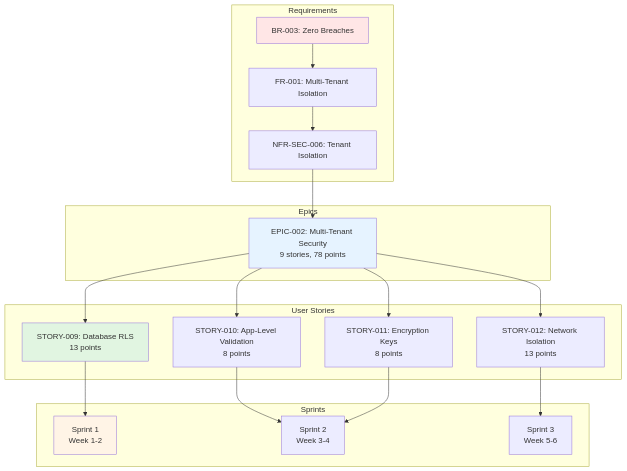
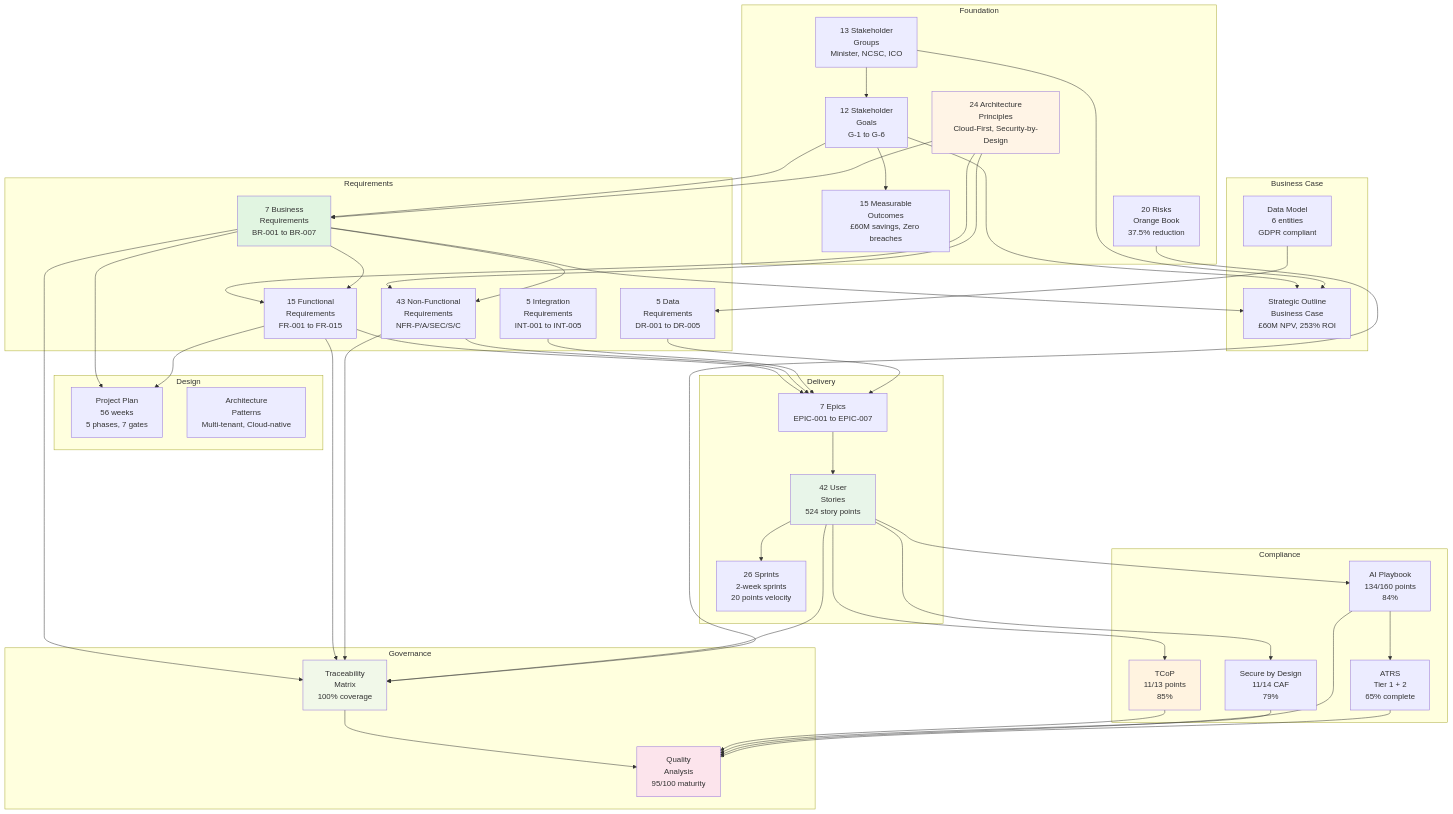
Before and after one commit to tractorjuice/arckit-test-project-v8-cabinet-office-genai: the eighth of 10 diagrams in projects/001-cabinet-office-genai/PROJECT-STORY.md, drawn with Mermaid. The commit also changed other lines of this file, not shown here.

First line of the commit message:
feat: PROJECT-STORY.md v4.0 - comprehensive project narrative with timeline analysis

````diff
--- a/projects/001-cabinet-office-genai/PROJECT-STORY.md
+++ b/projects/001-cabinet-office-genai/PROJECT-STORY.md
@@ -455,44 +956,96 @@
 ```mermaid
-graph TD
-    subgraph Requirements
-        BR3[BR-003: Zero Breaches]
-        FR1[FR-001: Multi-Tenant Isolation]
-        NFR_SEC6[NFR-SEC-006: Tenant Isolation]
+flowchart TD
+    subgraph Foundation
+        Principles[24 Architecture<br/>Principles<br/>Cloud-First, Security-by-Design]
+        Stakeholders[13 Stakeholder<br/>Groups<br/>Minister, NCSC, ICO]
+        Goals[12 Stakeholder<br/>Goals<br/>G-1 to G-6]
+        Outcomes[15 Measurable<br/>Outcomes<br/>£60M savings, Zero breaches]
+        Risk[20 Risks<br/>Orange Book<br/>37.5% reduction]
     end
 
-    subgraph Epics
-        EPIC2[EPIC-002: Multi-Tenant Security<br/>9 stories, 78 points]
+    subgraph Business Case
+        SOBC[Strategic Outline<br/>Business Case<br/>£60M NPV, 253% ROI]
+        DataModel[Data Model<br/>6 entities<br/>GDPR compliant]
     end
 
-    subgraph User Stories
-        S9[STORY-009: Database RLS<br/>13 points]
-        S10[STORY-010: App-Level Validation<br/>8 points]
-        S11[STORY-011: Encryption Keys<br/>8 points]
-        S12[STORY-012: Network Isolation<br/>13 points]
+    subgraph Requirements
+        BR[7 Business<br/>Requirements<br/>BR-001 to BR-007]
+        FR[15 Functional<br/>Requirements<br/>FR-001 to FR-015]
+        NFR[43 Non-Functional<br/>Requirements<br/>NFR-P/A/SEC/S/C]
+        INT[5 Integration<br/>Requirements<br/>INT-001 to INT-005]
+        DR[5 Data<br/>Requirements<br/>DR-001 to DR-005]
     end
 
-    subgraph Sprints
-        Sprint1[Sprint 1<br/>Week 1-2]
-        Sprint2[Sprint 2<br/>Week 3-4]
-        Sprint3[Sprint 3<br/>Week 5-6]
+    subgraph Design
+        Plan[Project Plan<br/>56 weeks<br/>5 phases, 7 gates]
+        Principles2[Architecture<br/>Patterns<br/>Multi-tenant, Cloud-native]
     end
 
-    BR3 --> FR1
-    FR1 --> NFR_SEC6
-    NFR_SEC6 --> EPIC2
+    subgraph Delivery
+        Epics[7 Epics<br/>EPIC-001 to EPIC-007]
+        Stories[42 User<br/>Stories<br/>524 story points]
+        Sprints[26 Sprints<br/>2-week sprints<br/>20 points velocity]
+    end
 
-    EPIC2 --> S9
-    EPIC2 --> S10
-    EPIC2 --> S11
-    EPIC2 --> S12
+    subgraph Compliance
+        TCoP[TCoP<br/>11/13 points<br/>85%]
+        Secure[Secure by Design<br/>11/14 CAF<br/>79%]
+        AIPlaybook[AI Playbook<br/>134/160 points<br/>84%]
+        ATRS[ATRS<br/>Tier 1 + 2<br/>65% complete]
+    end
 
-    S9 --> Sprint1
-    S10 --> Sprint2
-    S11 --> Sprint2
-    S12 --> Sprint3
+    subgraph Governance
+        Traceability[Traceability<br/>Matrix<br/>100% coverage]
+        Analysis[Quality<br/>Analysis<br/>95/100 maturity]
+    end
 
-    style BR3 fill:#ffe6e6
-    style EPIC2 fill:#e6f3ff
-    style S9 fill:#e1f5e1
-    style Sprint1 fill:#fff4e6
+    Stakeholders --> Goals
+    Goals --> Outcomes
+    Goals --> BR
+    Principles --> BR
+    Principles --> FR
+    Principles --> NFR
+
+    BR --> FR
+    BR --> NFR
+    DataModel --> DR
+
+    Goals --> SOBC
+    Stakeholders --> SOBC
+    BR --> SOBC
+
+    BR --> Plan
+    FR --> Plan
+
+    FR --> Epics
+    NFR --> Epics
+    INT --> Epics
+    DR --> Epics
+
+    Epics --> Stories
+    Stories --> Sprints
+
+    Stories --> TCoP
+    Stories --> Secure
+    Stories --> AIPlaybook
+    AIPlaybook --> ATRS
+
+    BR --> Traceability
+    FR --> Traceability
+    NFR --> Traceability
+    Stories --> Traceability
+    Risk --> Traceability
+
+    Traceability --> Analysis
+    TCoP --> Analysis
+    Secure --> Analysis
+    AIPlaybook --> Analysis
+    ATRS --> Analysis
+
+    style Principles fill:#fff4e6
+    style BR fill:#e1f5e1
+    style Stories fill:#e8f5e9
+    style TCoP fill:#fff3e0
+    style Traceability fill:#f1f8e9
+    style Analysis fill:#fce4ec
 ```
````
